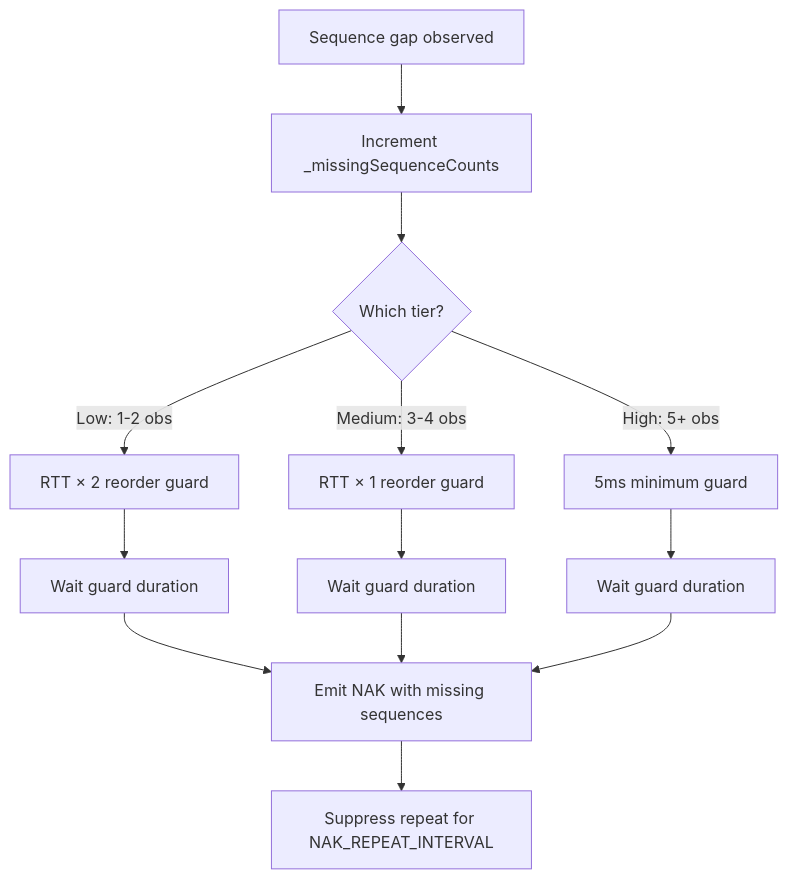
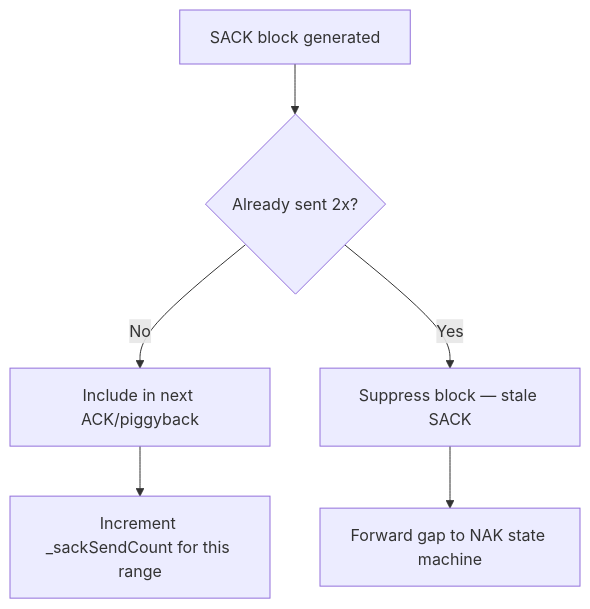
Before and after one commit to liulilittle/ucp: the third of 9 diagrams in docs/protocol.md, drawn with Mermaid. The commit also changed other lines of this file and 17 other files, not shown here.

````diff
--- a/docs/protocol.md
+++ b/docs/protocol.md
@@ -118,19 +139,8 @@
 ```mermaid
 flowchart TD
-    Gap[Sequence gap observed] --> Count[Increment _missingSequenceCounts]
-    Count --> Tier{Which tier?}
-
-    Tier -->|Low: 1-2 obs| Guard1[RTT × 2 reorder guard]
-    Tier -->|Medium: 3-4 obs| Guard2[RTT × 1 reorder guard]
-    Tier -->|High: 5+ obs| Guard3[5ms minimum guard]
-
-    Guard1 --> Wait1[Wait guard duration]
-    Guard2 --> Wait2[Wait guard duration]
-    Guard3 --> Wait3[Wait guard duration]
-
-    Wait1 --> Emit[Emit NAK with missing sequences]
-    Wait2 --> Emit
-    Wait3 --> Emit
-
-    Emit --> Suppress[Suppress repeat for NAK_REPEAT_INTERVAL]
+    SackBlock[SACK block generated] --> Check{Already sent 2x?}
+    Check -->|No| Send[Include in next ACK/piggyback]
+    Check -->|Yes| Suppress[Suppress block — stale SACK]
+    Send --> Increment[Increment _sackSendCount for this range]
+    Suppress --> Forward[Forward gap to NAK state machine]
 ```
````
